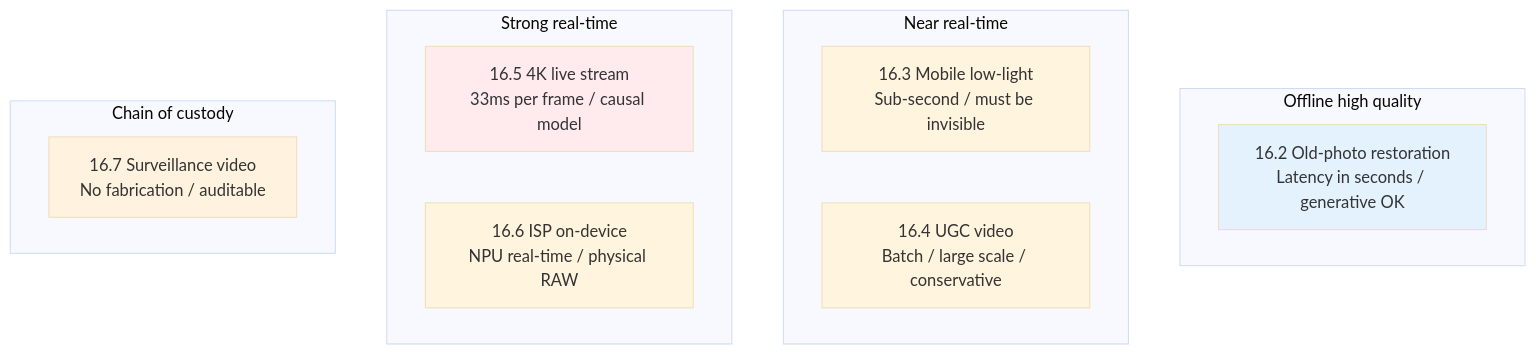
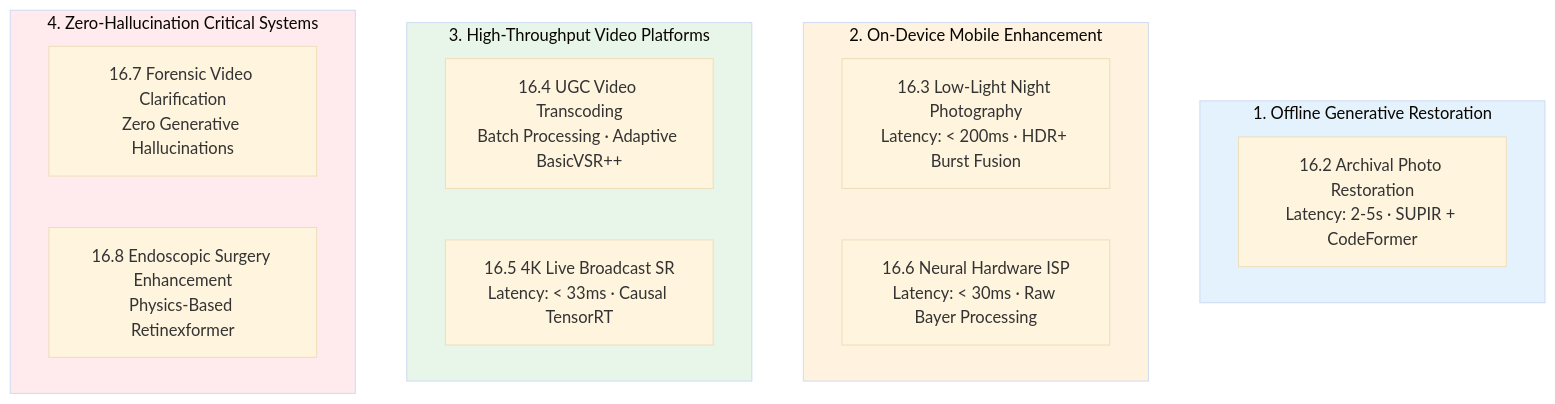
Before and after one commit to yingwang/image-enhancement-guide: the first of 8 diagrams in en/chapters/16-cases.md, drawn with Mermaid (base theme). The commit also changed other lines of this file and 18 other files, not shown here.

````diff
--- a/en/chapters/16-cases.md
+++ b/en/chapters/16-cases.md
@@ -59,21 +24,26 @@
 ```mermaid
 graph TD
-    subgraph Offline_HighQuality[Offline high quality]
-        A[16.2 Old-photo restoration<br/>Latency in seconds / generative OK]
-    end
-    subgraph NearRealtime[Near real-time]
-        B[16.3 Mobile low-light<br/>Sub-second / must be invisible]
-        C[16.4 UGC video<br/>Batch / large scale / conservative]
-    end
-    subgraph StrongRealtime[Strong real-time]
-        D[16.5 4K live stream<br/>33ms per frame / causal model]
-        E[16.6 ISP on-device<br/>NPU real-time / physical RAW]
-    end
-    subgraph EvidentiaryChain[Chain of custody]
-        F[16.7 Surveillance video<br/>No fabrication / auditable]
+    subgraph OfflineGenerative[1. Offline Generative Restoration]
+        Case1[16.2 Archival Photo Restoration<br/>Latency: 2-5s · SUPIR + CodeFormer]
     end
 
-    style A fill:#e3f2fd
-    style D fill:#ffebee
-    style F fill:#fff3e0
+    subgraph MobileEdge[2. On-Device Mobile Enhancement]
+        Case2[16.3 Low-Light Night Photography<br/>Latency: < 200ms · HDR+ Burst Fusion]
+        Case5[16.6 Neural Hardware ISP<br/>Latency: < 30ms · Raw Bayer Processing]
+    end
+
+    subgraph VideoPipelines[3. High-Throughput Video Platforms]
+        Case3[16.4 UGC Video Transcoding<br/>Batch Processing · Adaptive BasicVSR++]
+        Case4[16.5 4K Live Broadcast SR<br/>Latency: < 33ms · Causal TensorRT]
+    end
+
+    subgraph ForensicMedical[4. Zero-Hallucination Critical Systems]
+        Case6[16.7 Forensic Video Clarification<br/>Zero Generative Hallucinations]
+        Case7[16.8 Endoscopic Surgery Enhancement<br/>Physics-Based Retinexformer]
+    end
+
+    style OfflineGenerative fill:#e3f2fd
+    style MobileEdge fill:#fff3e0
+    style VideoPipelines fill:#e8f5e9
+    style ForensicMedical fill:#ffebee
 ```
````
